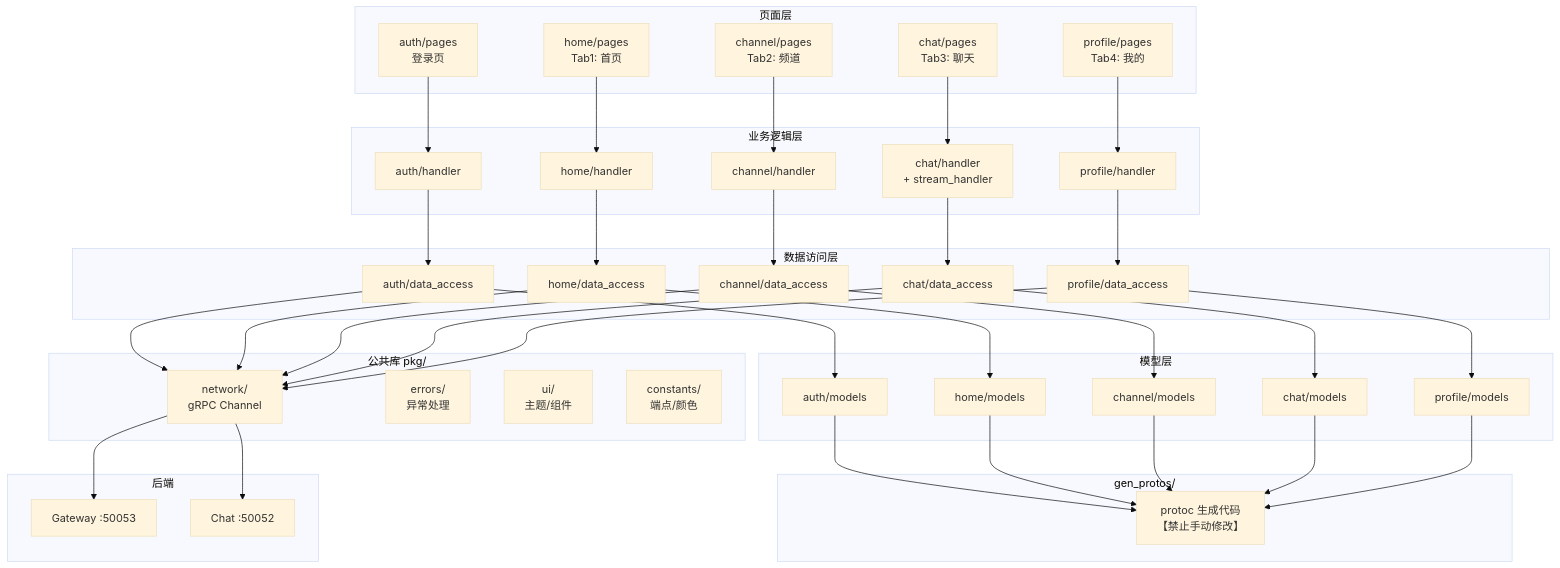
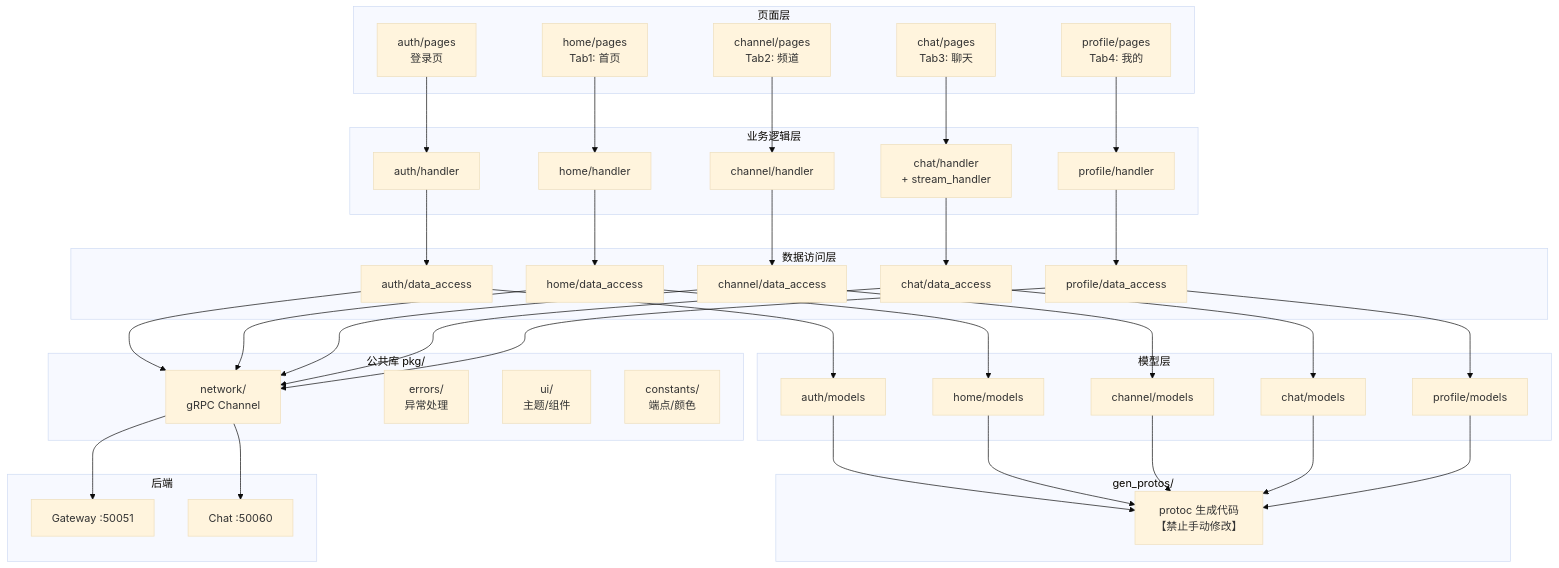
Before and after one commit to funcdfs/lesser: the second of 2 diagrams in .kiro/steering/structure.md, drawn with Mermaid (base theme). The commit also changed other lines of this file and 15 other files, not shown here.

```diff
--- a/.kiro/steering/structure.md
+++ b/.kiro/steering/structure.md
@@ -121,8 +121,8 @@
     end
 
     subgraph Backend["后端"]
-        GW["Gateway :50053"]
-        ChatSvc["Chat :50052"]
+        GW["Gateway :50051"]
+        ChatSvc["Chat :50060"]
     end
 
     AuthPage --> AuthHandler
```
